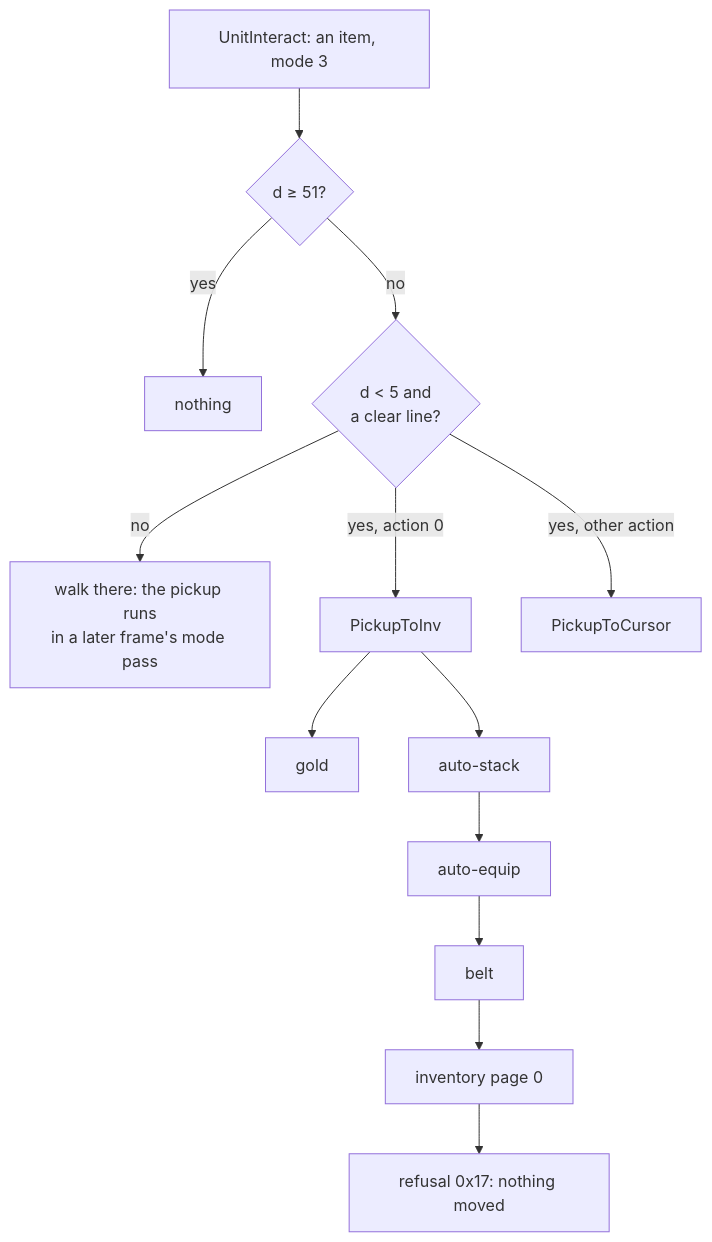
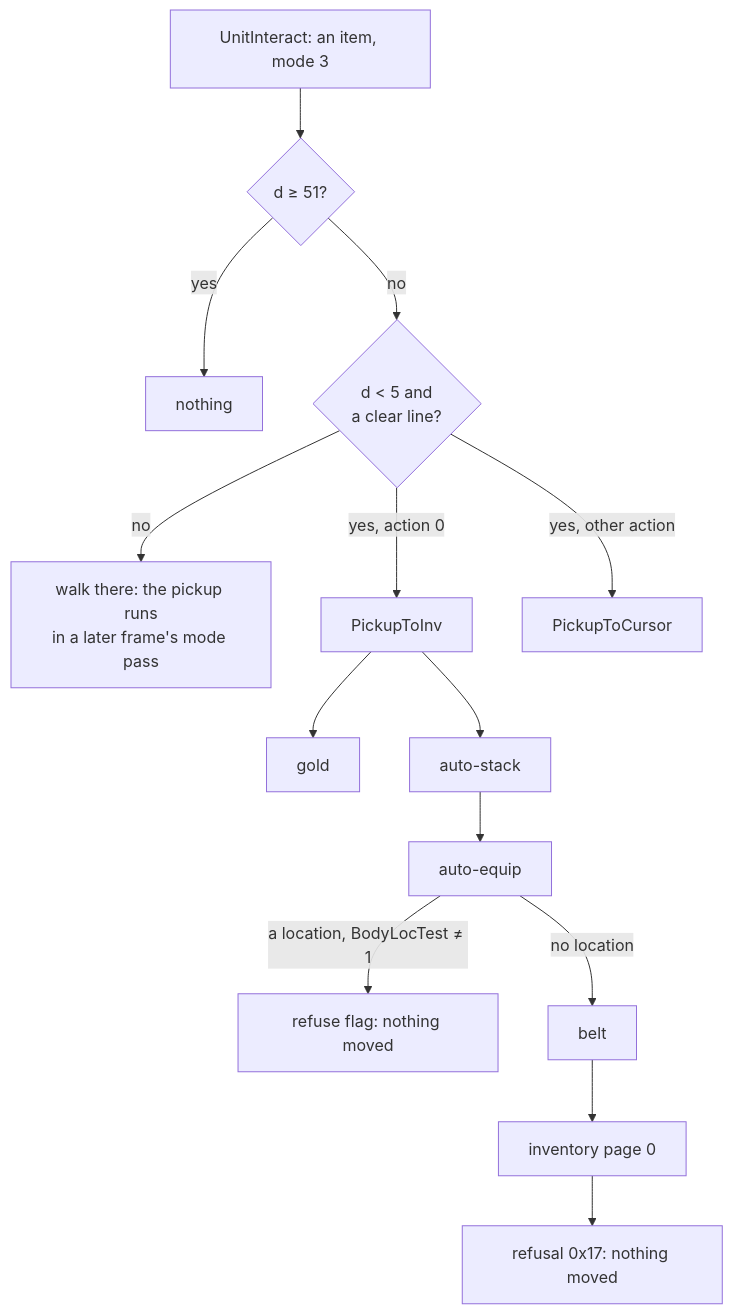
One commit to IgorKonovalov/diablo-2-recompilation changed the fifth of 7 diagrams in docs/specs/items/inventory.md. Above: the diagram before and after it, drawn with Mermaid. The commit also changed other lines of this file and 14 other files, not shown here.

````diff
--- a/docs/specs/items/inventory.md
+++ b/docs/specs/items/inventory.md
@@ -377,15 +380,16 @@
 ```mermaid
 flowchart TD
   a["UnitInteract: an item, mode 3"] --> d{"d ≥ 51?"}
   d -->|yes| n["nothing"]
   d -->|no| r{"d < 5 and<br/>a clear line?"}
   r -->|no| w["walk there: the pickup runs<br/>in a later frame's mode pass"]
   r -->|"yes, action 0"| inv["PickupToInv"]
   r -->|"yes, other action"| cur["PickupToCursor"]
   inv --> g["gold"]
   inv --> s["auto-stack"]
   s --> e["auto-equip"]
-  e --> b["belt"]
+  e -->|"a location, BodyLocTest ≠ 1"| fl["refuse flag: nothing moved"]
+  e -->|"no location"| b["belt"]
   b --> p["inventory page 0"]
   p --> no["refusal 0x17: nothing moved"]
 ```
````
